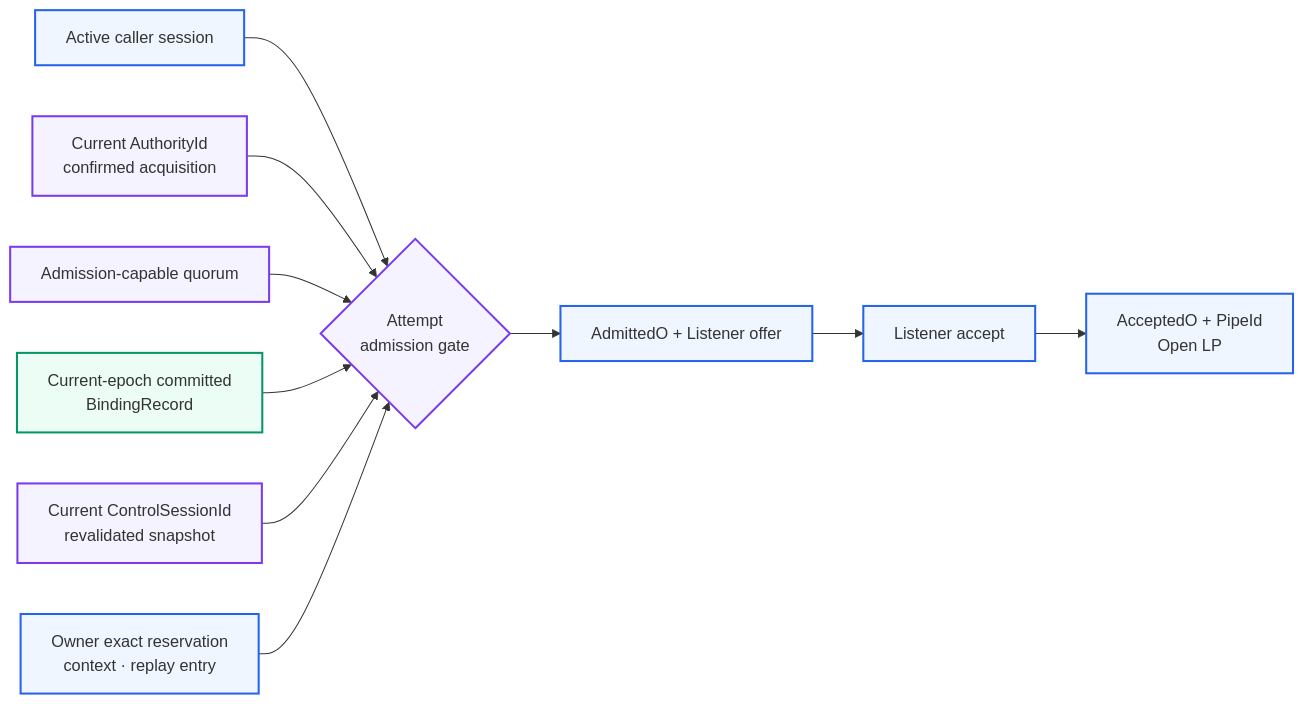
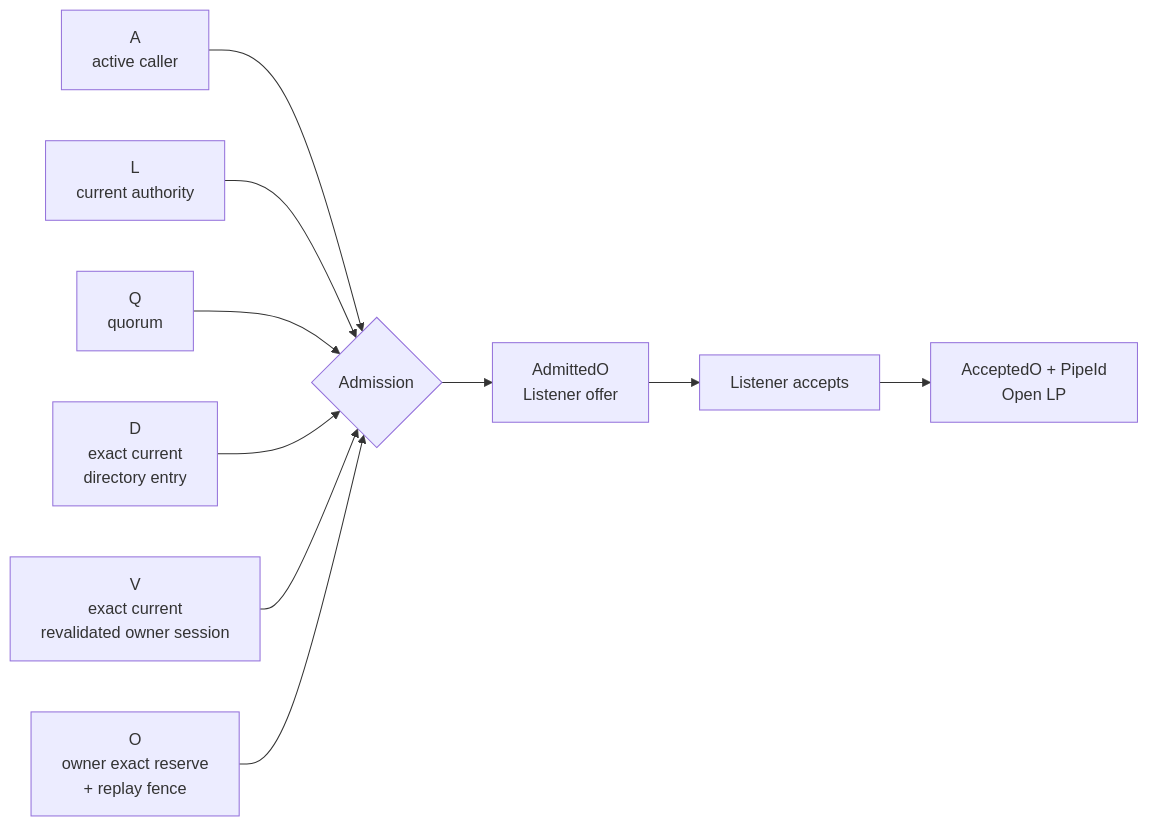
One commit to cagojeiger/relaygate changed the third of 5 diagrams in docs/spec/001-system-model.md. Above: the diagram before and after it, drawn with Mermaid. The commit also changed other lines of this file and 120 other files, not shown here.

````diff
--- a/docs/spec/001-system-model.md
+++ b/docs/spec/001-system-model.md
@@ -180,29 +139,12 @@
 ```mermaid
 flowchart LR
-    A["Active caller session"]
-    L["Current AuthorityId<br/>confirmed acquisition"]
-    Q["Admission-capable quorum"]
-    C["Current-epoch committed<br/>BindingRecord"]
-    V["Current ControlSessionId<br/>revalidated snapshot"]
-    O["Owner exact reservation<br/>context · replay entry"]
-    E{"Attempt<br/>admission gate"}
-    P["AdmittedO + Listener offer"]
-    H["Listener accept"]
-    X["AcceptedO + PipeId<br/>Open LP"]
-
-    A --> E
-    L --> E
-    Q --> E
-    C --> E
-    V --> E
-    O --> E
-    E --> P
-    P --> H --> X
-
-    classDef durable fill:#ecfdf5,stroke:#059669,stroke-width:2px
-    classDef control fill:#f5f3ff,stroke:#7c3aed,stroke-width:2px
-    classDef runtime fill:#eff6ff,stroke:#2563eb,stroke-width:2px
-    class C durable
-    class L,Q,V,E control
-    class A,O,P,H,X runtime
+    A["A<br/>active caller"] --> E{"Admission"}
+    L["L<br/>current authority"] --> E
+    Q["Q<br/>quorum"] --> E
+    D["D<br/>exact current<br/>directory entry"] --> E
+    V["V<br/>exact current<br/>revalidated owner session"] --> E
+    O["O<br/>owner exact reserve<br/>+ replay fence"] --> E
+    E --> F["AdmittedO<br/>Listener offer"]
+    F --> X["Listener accepts"]
+    X --> P["AcceptedO + PipeId<br/>Open LP"]
 ```
````
